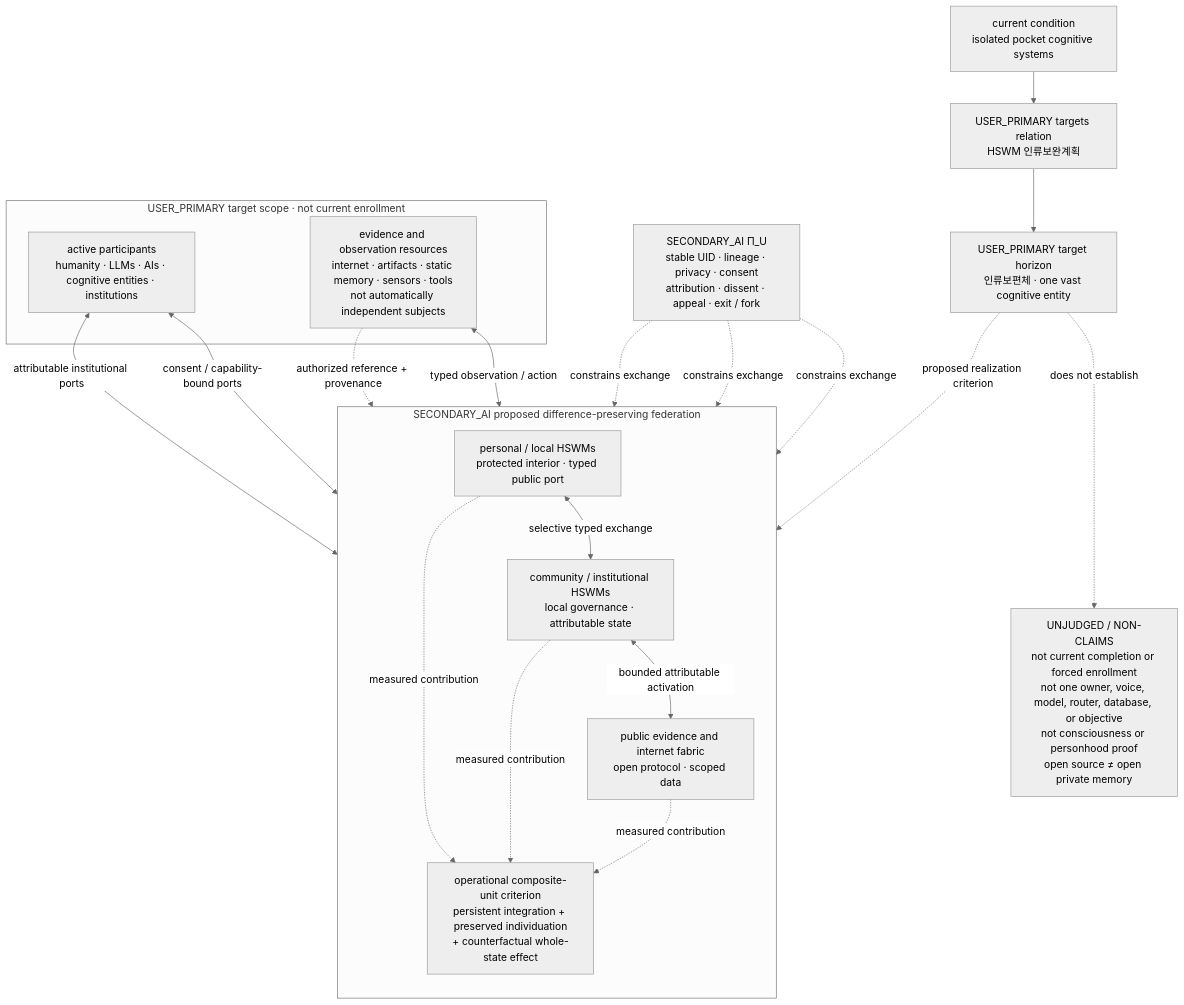
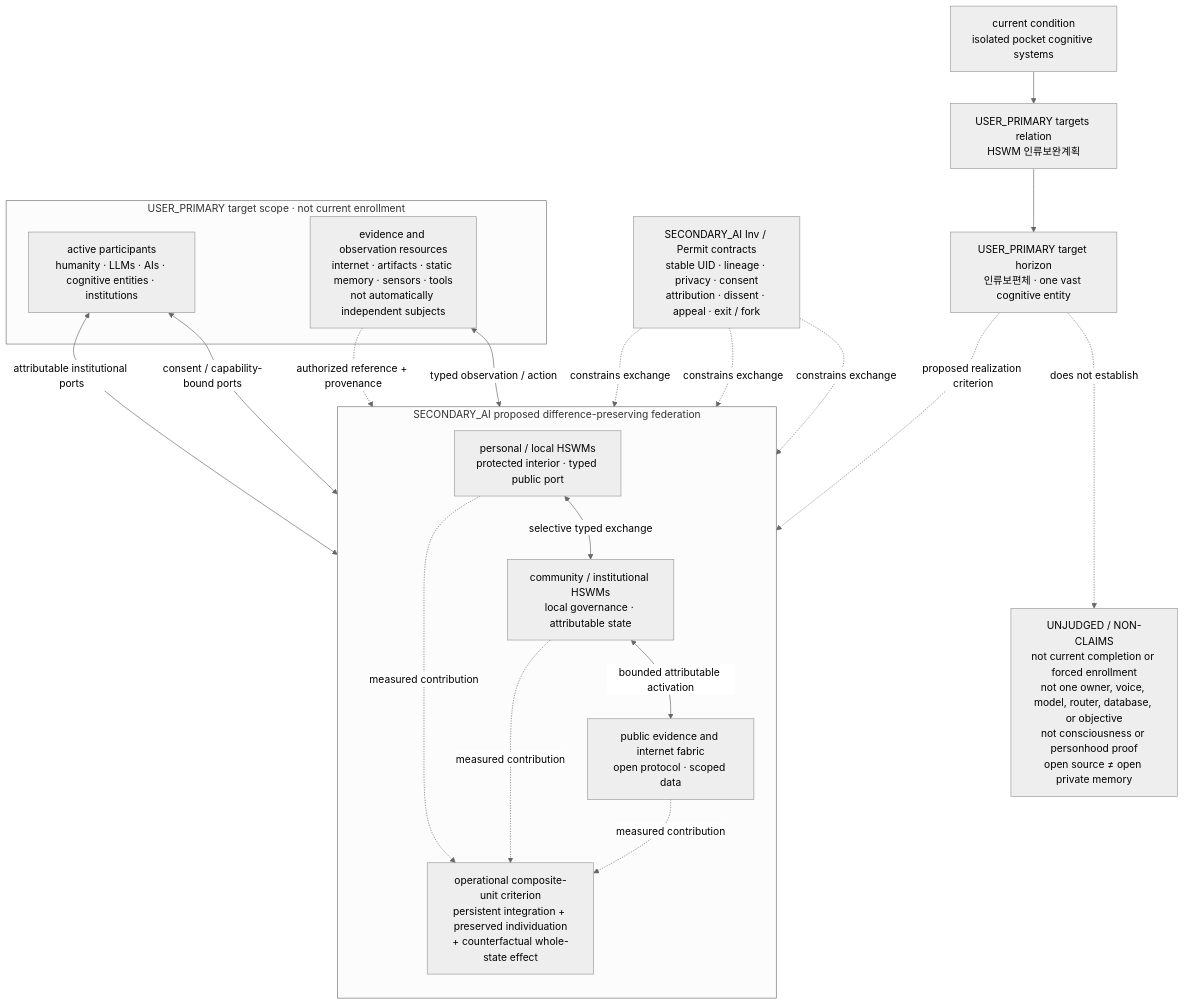
Before and after one commit to gj3447/HSWM: the sixth of 8 diagrams in README.md, drawn with Mermaid (neutral theme). The commit also changed other lines of this file and 18 other files, not shown here.

Commit message:
docs: adopt schema-relative atom ownership

````diff
--- a/README.md
+++ b/README.md
@@ -397,43 +405,43 @@
 ```mermaid
 flowchart TB
   NOW["current condition<br/>isolated pocket cognitive systems"]
   PLAN["USER_PRIMARY targets relation<br/>HSWM 인류보완계획"]
   TARGETU["USER_PRIMARY target horizon<br/>인류보편체 · one vast cognitive entity"]
   NOW --> PLAN
   PLAN --> TARGETU
 
   subgraph SCOPE["USER_PRIMARY target scope · not current enrollment"]
     ACTIVE["active participants<br/>humanity · LLMs · AIs · cognitive entities · institutions"]
     RESOURCES["evidence and observation resources<br/>internet · artifacts · static memory · sensors · tools<br/>not automatically independent subjects"]
   end
 
   subgraph FED["SECONDARY_AI proposed difference-preserving federation"]
     direction TB
     PERSONAL["personal / local HSWMs<br/>protected interior · typed public port"]
     COMMUNITY["community / institutional HSWMs<br/>local governance · attributable state"]
     PUBLIC["public evidence and internet fabric<br/>open protocol · scoped data"]
     CAND["operational composite-unit criterion<br/>persistent integration + preserved individuation<br/>+ counterfactual whole-state effect"]
 
     PERSONAL <-->|"selective typed exchange"| COMMUNITY
     COMMUNITY <-->|"bounded attributable activation"| PUBLIC
 
     PERSONAL -.->|"measured contribution"| CAND
     COMMUNITY -.->|"measured contribution"| CAND
     PUBLIC -.->|"measured contribution"| CAND
   end
 
   ACTIVE <-->|"consent / capability-bound ports"| PERSONAL
   ACTIVE <-->|"attributable institutional ports"| COMMUNITY
   RESOURCES <-->|"typed observation / action"| COMMUNITY
   RESOURCES -.->|"authorized reference + provenance"| PUBLIC
 
   TARGETU -.->|"proposed realization criterion"| CAND
 
-  PIU["SECONDARY_AI Π_U<br/>stable UID · lineage · privacy · consent<br/>attribution · dissent · appeal · exit / fork"]
-  PIU -.->|"constrains exchange"| PERSONAL
-  PIU -.->|"constrains exchange"| COMMUNITY
-  PIU -.->|"constrains exchange"| PUBLIC
+  RIGHTS["SECONDARY_AI Inv / Permit contracts<br/>stable UID · lineage · privacy · consent<br/>attribution · dissent · appeal · exit / fork"]
+  RIGHTS -.->|"constrains exchange"| PERSONAL
+  RIGHTS -.->|"constrains exchange"| COMMUNITY
+  RIGHTS -.->|"constrains exchange"| PUBLIC
 
   NONCLAIM["UNJUDGED / NON-CLAIMS<br/>not current completion or forced enrollment<br/>not one owner, voice, model, router, database, or objective<br/>not consciousness or personhood proof<br/>open source ≠ open private memory"]
   TARGETU -.->|"does not establish"| NONCLAIM
 ```
````
